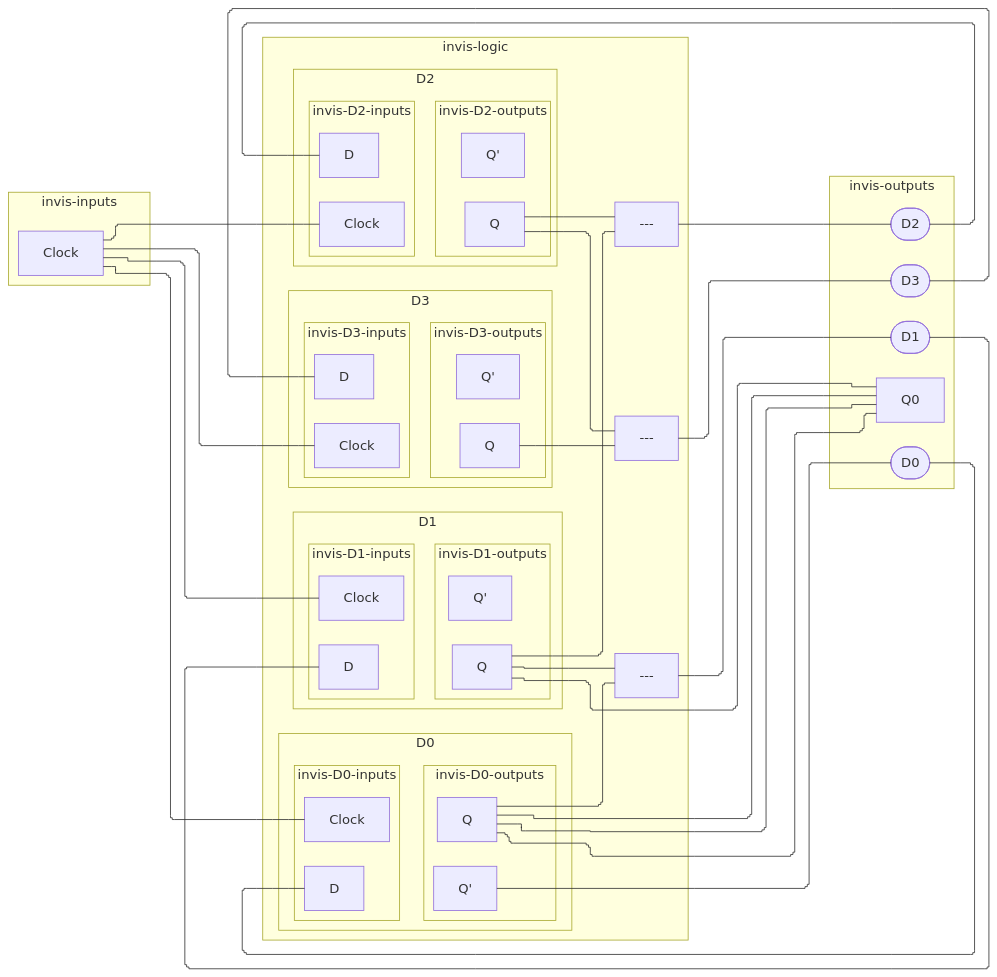
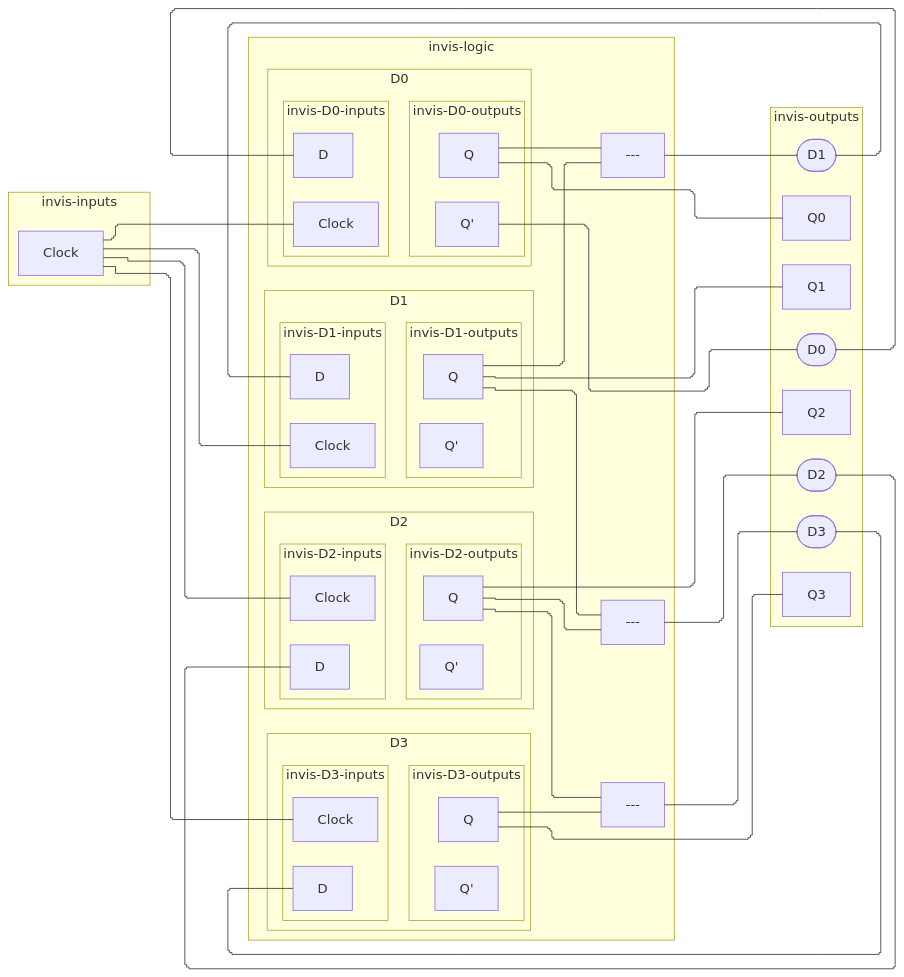
The sixth of 6 diagrams in CSDS 281 - Logic Design/HW/8/Tables.md (tnichols217/notes), drawn with Mermaid before and after one commit.

Commit message:
vault backup: 2024-04-05 00:29:51

````diff
--- a/CSDS 281 - Logic Design/HW/8/Tables.md
+++ b/CSDS 281 - Logic Design/HW/8/Tables.md
@@ -249,75 +249,75 @@
 ```mermaid
 %%{ init: { 'flowchart': { 'curve': 'stepBefore', "defaultRenderer": "elk" } } }%%
 flowchart LR
 subgraph invis-inputs
 	Clock
 end
 subgraph invis-logic
 	subgraph D0
 		subgraph invis-D0-inputs
 			D0i[D]
 			D0c[Clock]
 		end
 		Clock --- D0c
 		subgraph invis-D0-outputs
 			Q0[Q]
 			Q0P[Q']
 		end
 		invis-D0-inputs ~~~ invis-D0-outputs
 	end
 	subgraph D1
 		subgraph invis-D1-inputs
 			D1i[D]
 			D1c[Clock]
 		end
 		Clock --- D1c
 		subgraph invis-D1-outputs
 			Q1[Q]
 			Q1P[Q']
 		end
 		invis-D1-inputs ~~~ invis-D1-outputs
 	end
 	subgraph D2
 		subgraph invis-D2-inputs
 			D2i[D]
 			D2c[Clock]
 		end
 		Clock --- D2c
 		subgraph invis-D2-outputs
 			Q2[Q]
 			Q2P[Q']
 		end
 		invis-D2-inputs ~~~ invis-D2-outputs
 	end
 	subgraph D3
 		subgraph invis-D3-inputs
 			D3i[D]
 			D3c[Clock]
 		end
 		Clock --- D3c
 		subgraph invis-D3-outputs
 			Q3[Q]
 			Q3P[Q']
 		end
 		invis-D3-inputs ~~~ invis-D3-outputs
 	end
 	Q0 & Q1 --- xor1[---]
 	Q1 & Q2 --- xor2[---]
 	Q2 & Q3 --- xor3[---]
 end
 subgraph invis-outputs
 	Q0P --- D0ii([D0])
 	D0ii --- D0i
 	xor1 --- D1ii([D1])
 	D1ii --- D1i
 	xor2 --- D2ii([D2])
 	D2ii --- D2i
 	xor3 --- D3ii([D3])
 	D3ii --- D3i
 	Q0 --- Q0O[Q0]
-	Q1 --- Q0O[Q0]
-	Q0 --- Q0O[Q0]
-	Q0 --- Q0O[Q0]
+	Q1 --- Q1O[Q1]
+	Q2 --- Q2O[Q2]
+	Q3 --- Q3O[Q3]
 end
 invis-inputs ~~~ invis-logic ~~~ invis-outputs
 ```
````
